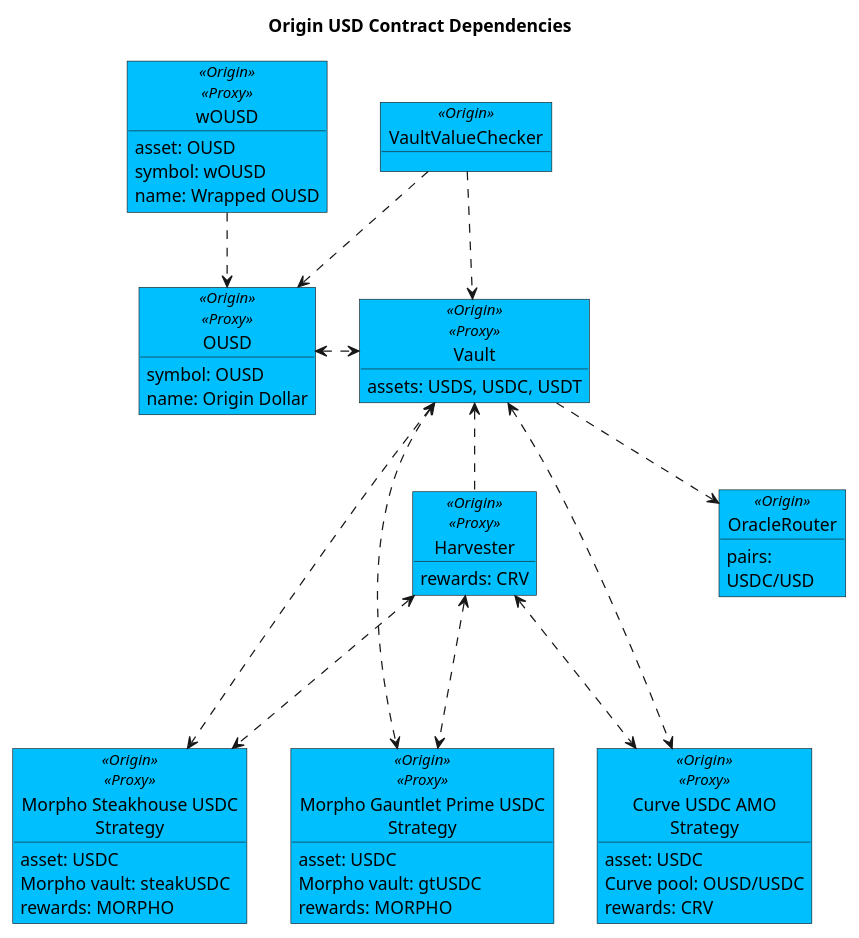
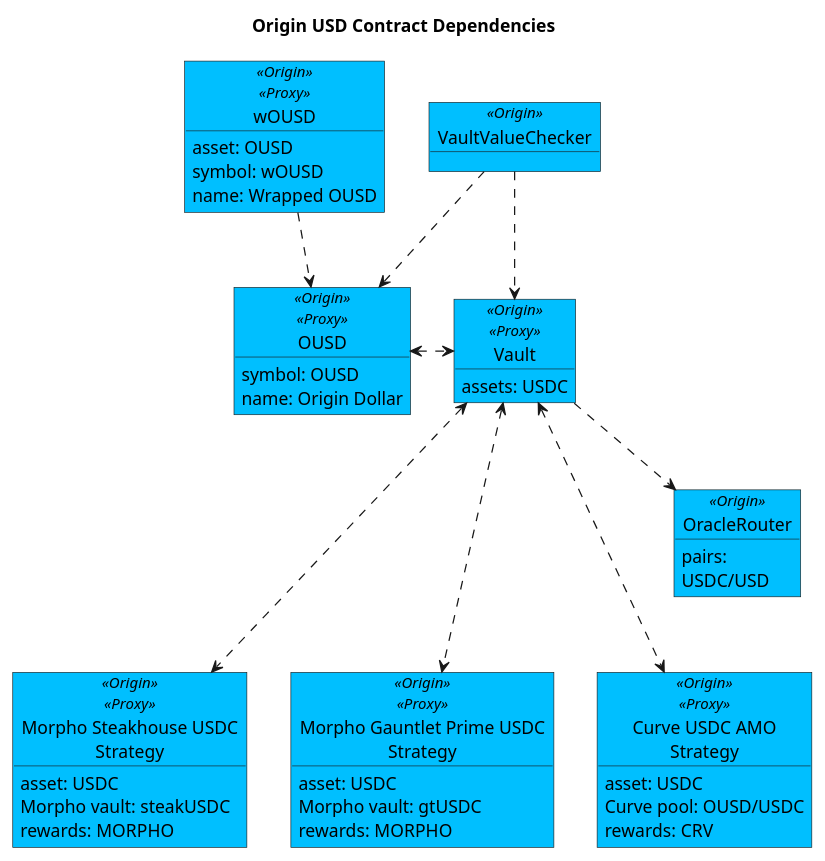
Before and after one commit to OriginProtocol/origin-dollar: the diagram in contracts/docs/plantuml/ousdContracts.puml, drawn with PlantUML. The commit also changed 1 other file, not shown here.

Commit message:
Refactor PlantUML diagram for OUSD contracts to simplify structure and remove unused strategies

```diff
--- a/contracts/docs/plantuml/ousdContracts.puml
+++ b/contracts/docs/plantuml/ousdContracts.puml
@@ -1,77 +1,59 @@
 @startuml
 
 title "Origin USD Contract Dependencies"
 
 object "VaultValueChecker" as checker <<Origin>> #DeepSkyBlue {
 }
 
 object "wOUSD" as wousd <<Origin>><<Proxy>> #DeepSkyBlue {
     asset: OUSD
     symbol: wOUSD
     name: Wrapped OUSD
 }
 
 object "OUSD" as ousd <<Origin>><<Proxy>> #DeepSkyBlue {
     symbol: OUSD
     name: Origin Dollar
 }
 
 object "Vault" as vault <<Origin>><<Proxy>> #DeepSkyBlue {
-    assets: USDS, USDC, USDT  
-}
-
-object "Harvester" as harv <<Origin>><<Proxy>> #DeepSkyBlue {
-    rewards: CRV
+    assets: USDC 
 }
 
 ' Strategies
-' object "ConvexStrategy" as cvxStrat <<Origin>><<Proxy>> #DeepSkyBlue {
-'     asset: DAI, USDC, USDT
-'     Curve pool: 3Pool (3CRV)
-'     Convex pool: DAI+USDC+USDT
-'     rewards: CRV, CVX
-' }
 object "Morpho Steakhouse USDC\nStrategy" as steakUSDC <<Origin>><<Proxy>> #DeepSkyBlue {
     asset: USDC
     Morpho vault: steakUSDC
     rewards: MORPHO
 }
 object "Morpho Gauntlet Prime USDC\nStrategy" as gtUSDC <<Origin>><<Proxy>> #DeepSkyBlue {
     asset: USDC
     Morpho vault: gtUSDC
     rewards: MORPHO
 }
 object "Curve USDC AMO\nStrategy" as curveAmoStrat <<Origin>><<Proxy>> #DeepSkyBlue {
     asset: USDC
     Curve pool: OUSD/USDC
     rewards: CRV
 }
 
 ' Oracle
 object "OracleRouter" as oracle <<Origin>> #DeepSkyBlue {
 pairs:
     USDC/USD
 }
 
 checker ..> ousd
 checker ..> vault
 
-vault <.. harv 
-
 wousd ..> ousd
 ousd <.> vault
 vault ..> oracle
 
 ' Strategies
-' vault <...> aaveStrat
-' vault <...> amoStrat
 vault <...> steakUSDC
 vault <...> gtUSDC
 vault <...> curveAmoStrat
 
-' harv <..> amoStrat
-harv <...> steakUSDC
-harv <...> gtUSDC
-harv <...> curveAmoStrat
 
 @enduml
```
